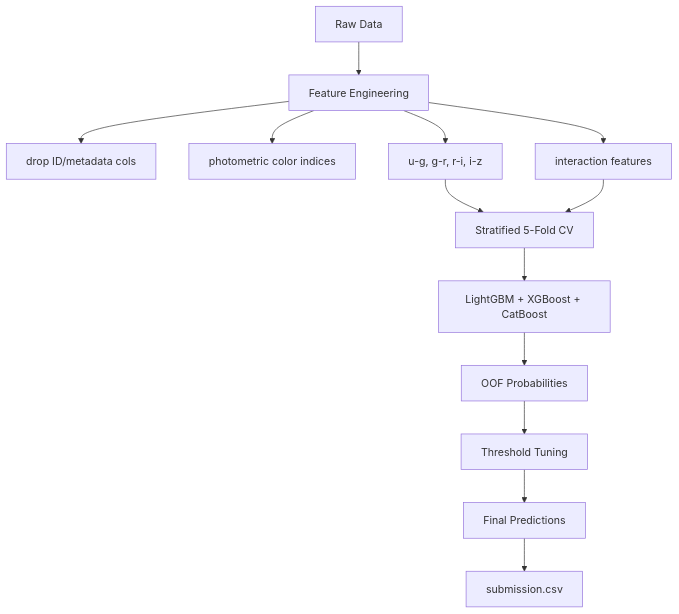
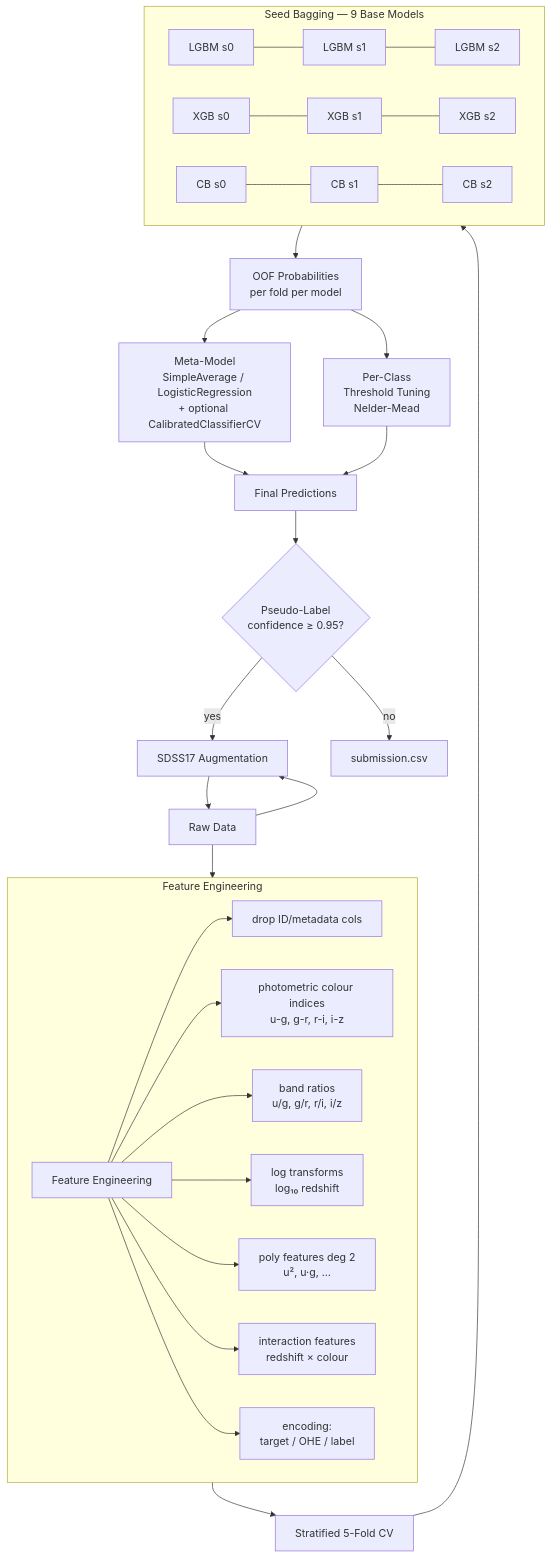
The diagram in README.md (RickArko/kcom-predicting-stellar-class), drawn with Mermaid before and after one commit. The commit also changed 8 other files, not shown here.

````diff
--- a/README.md
+++ b/README.md
@@ -91,15 +91,39 @@
 ```mermaid
 flowchart TD
     A[Raw Data] --> B[Feature Engineering]
-    B --> C[drop ID/metadata cols]
-    B --> D[photometric color indices]
-    B --> E[u-g, g-r, r-i, i-z]
-    B --> F[interaction features]
-    E --> G[Stratified 5-Fold CV]
-    F --> G
-    G --> H[LightGBM + XGBoost + CatBoost]
-    H --> I[OOF Probabilities]
-    I --> J[Threshold Tuning]
-    J --> K[Final Predictions]
-    K --> L[submission.csv]
+    A --> AUG[SDSS17 Augmentation]
+
+    subgraph FE[Feature Engineering]
+        direction LR
+        B --> C[drop ID/metadata cols]
+        B --> D[photometric colour indices<br>u-g, g-r, r-i, i-z]
+        B --> R[band ratios<br>u/g, g/r, r/i, i/z]
+        B --> L[log transforms<br>log₁₀ redshift]
+        B --> P[poly features deg 2<br>u², u·g, …]
+        B --> I[interaction features<br>redshift × colour]
+        B --> ENC[encoding:<br>target / OHE / label]
+    end
+
+    FE --> G[Stratified 5-Fold CV]
+
+    subgraph SE[Seed Bagging — 9 Base Models]
+        direction LR
+        S1[LGBM s0] --- S2[LGBM s1] --- S3[LGBM s2]
+        S4[XGB s0] --- S5[XGB s1] --- S6[XGB s2]
+        S7[CB s0] --- S8[CB s1] --- S9[CB s2]
+    end
+
+    G --> SE
+
+    SE --> OOF[OOF Probabilities<br>per fold per model]
+    OOF --> META[Meta-Model<br>SimpleAverage / LogisticRegression<br>+ optional CalibratedClassifierCV]
+    OOF --> THRESH[Per-Class<br>Threshold Tuning<br>Nelder-Mead]
+    META --> FINAL[Final Predictions]
+    THRESH --> FINAL
+
+    FINAL --> PL{Pseudo-Label<br>confidence ≥ 0.95?}
+    PL -->|yes| AUG
+    PL -->|no| SUB[submission.csv]
+
+    AUG --> A
 ```
````
